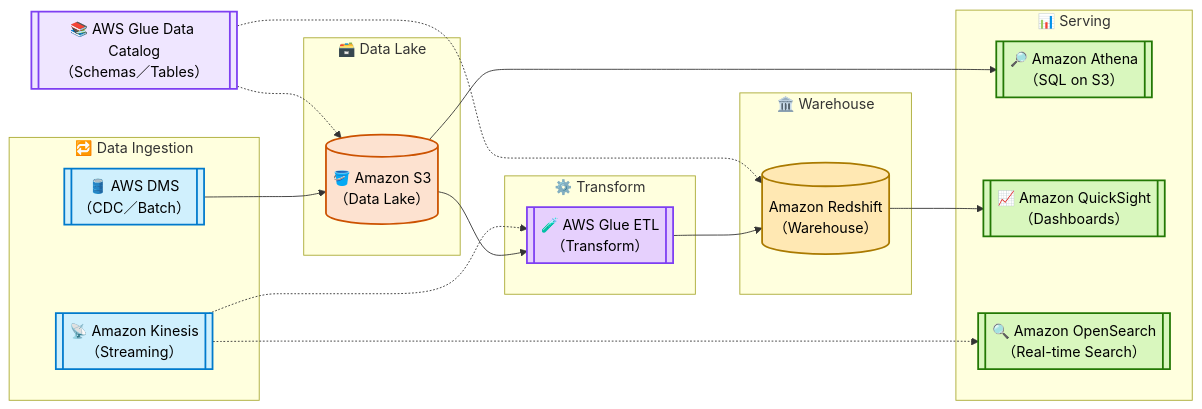
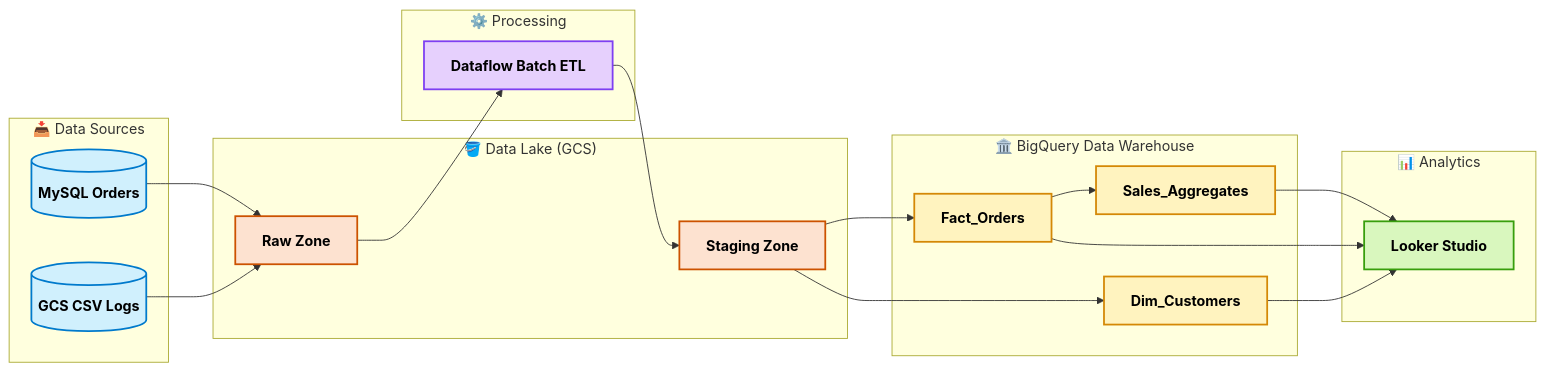
Before and after one commit to blaire101/DE2-AWS-Azure-GCP-2025: the first of 13 diagrams in README.md, drawn with Mermaid. The commit also changed other lines of this file and 2 other files, not shown here.

````diff
--- a/README.md
+++ b/README.md
@@ -24,52 +3,42 @@
 ```mermaid
 flowchart LR
-    %% ===== Layers =====
-    subgraph L1[🔁 Data Ingestion]
-        DMS[[🛢️ AWS DMS<br>（CDC／Batch）]]:::ing
-        KIN[[📡 Amazon Kinesis<br>（Streaming）]]:::ing
+    classDef src fill:#d0f0fd,stroke:#007acc,stroke-width:2px,color:#000,font-weight:bold
+    classDef lake fill:#fde2d0,stroke:#cc5200,stroke-width:2px,color:#000,font-weight:bold
+    classDef etl fill:#e6d0fd,stroke:#7e3ff2,stroke-width:2px,color:#000,font-weight:bold
+    classDef wh fill:#fff3bf,stroke:#d48806,stroke-width:2px,color:#000,font-weight:bold
+    classDef srv fill:#d9f7be,stroke:#389e0d,stroke-width:2px,color:#000,font-weight:bold
+
+    subgraph Source["📥 Data Sources"]
+        DB[(MySQL Orders)]:::src
+        CSV[(GCS CSV Logs)]:::src
     end
 
-    subgraph L2[🗃️ Data Lake]
-        S3[(🪣 Amazon S3<br>（Data Lake）)]:::stor
+    subgraph Lake["🪣 Data Lake (GCS)"]
+        RAW[Raw Zone]:::lake
+        STG[Staging Zone]:::lake
     end
 
-    subgraph L3[⚙️ Transform]
-        GETL[[🧪 AWS Glue ETL<br>（Transform）]]:::proc
+    subgraph ETL["⚙️ Processing"]
+        DF[Dataflow Batch ETL]:::etl
     end
 
-    subgraph L4[🏛️ Warehouse]
-        RS[(Amazon Redshift<br>（Warehouse）)]:::wh
+    subgraph Warehouse["🏛️ BigQuery Data Warehouse"]
+        FACT[Fact_Orders]:::wh
+        DIM[Dim_Customers]:::wh
+        AGG[Sales_Aggregates]:::wh
     end
 
-    subgraph L5[📊 Serving]
-        ATH[[🔎 Amazon Athena<br>（SQL on S3）]]:::srv
-        QS[[📈 Amazon QuickSight<br>（Dashboards）]]:::srv
-        OS[[🔍 Amazon OpenSearch<br>（Real-time Search）]]:::srv
+    subgraph Serving["📊 Analytics"]
+        LS[Looker Studio]:::srv
     end
 
-    %% ===== Governance (minimal) =====
-    CATALOG[[📚 AWS Glue Data Catalog<br>（Schemas／Tables）]]:::gov
-
-    %% ===== Core paths (minimal) =====
-    DMS --> S3
-    S3 --> GETL
-    GETL --> RS
-    S3 --> ATH
-    RS --> QS
-
-    %% ===== Streaming (optional & dashed) =====
-    KIN -.-> GETL
-    KIN -.-> OS
-
-    %% ===== Governance wiring (dashed) =====
-    CATALOG -.-> S3
-    CATALOG -.-> RS
-
-    %% ===== Styles =====
-    classDef ing  fill:#d0f0fd,stroke:#007acc,stroke-width:2px,color:#000;
-    classDef stor fill:#fde2d0,stroke:#cc5200,stroke-width:2px,color:#000;
-    classDef proc fill:#e6d0fd,stroke:#7e3ff2,stroke-width:2px,color:#000;
-    classDef wh   fill:#ffe8b3,stroke:#aa7a00,stroke-width:2px,color:#000;
-    classDef srv  fill:#d9f7be,stroke:#237804,stroke-width:2px,color:#000;
-    classDef gov  fill:#efe6ff,stroke:#7e3ff2,stroke-width:2px,color:#000;
+    DB --> RAW
+    CSV --> RAW
+    RAW --> DF --> STG
+    STG --> FACT
+    STG --> DIM
+    FACT --> AGG
+    FACT --> LS
+    DIM --> LS
+    AGG --> LS
 ```
````
